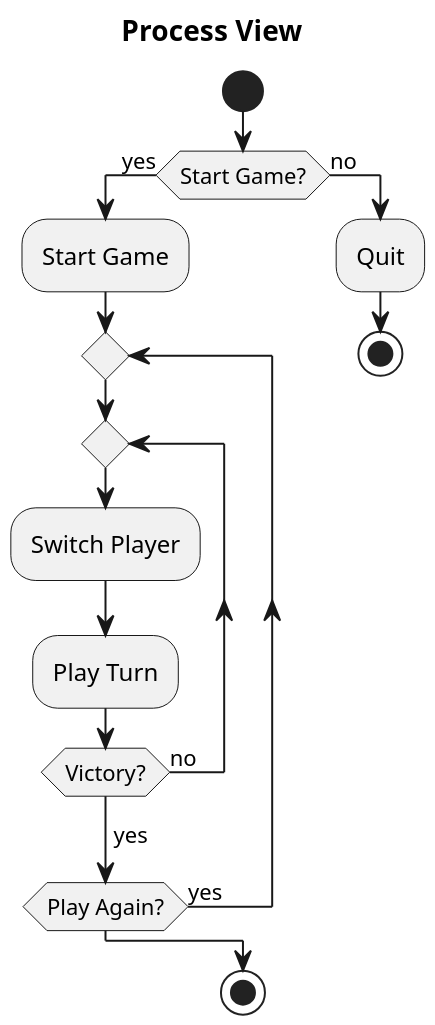
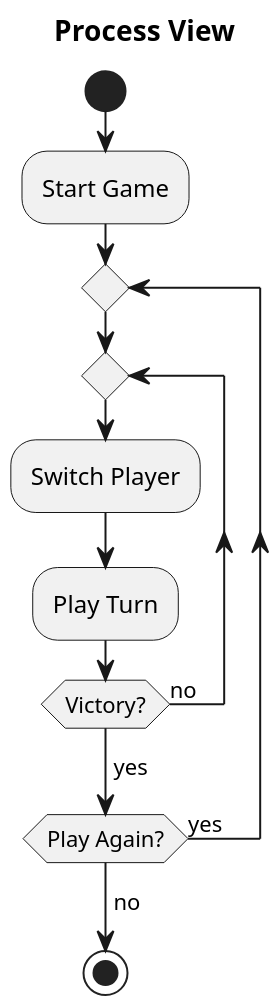
Before and after one commit to austin-s970/OOP-Connect4: the diagram in design-analysis/Process_View.plantuml, drawn with PlantUML. The commit also changed 9 other files, not shown here.

```diff
--- a/design-analysis/Process_View.plantuml
+++ b/design-analysis/Process_View.plantuml
@@ -1,24 +1,18 @@
 @startuml
 scale 2
 title "Process View"
 start
 
-if (Start Game?) then (yes)
-  :Start Game;
+:Start Game;
 
+repeat
   repeat
-    repeat
-      :Switch Player;
-      :Play Turn;
-    repeat while (Victory?) is (no)
-    ->yes;
-  repeat while (Play Again?) is (yes)
-  ->no;
-else (no)
-  :Quit;
-  stop
-
-endif
+    :Switch Player;
+    :Play Turn;
+  repeat while (Victory?) is (no)
+  ->yes;
+repeat while (Play Again?) is (yes)
+->no;
 
 stop
 @enduml
```
